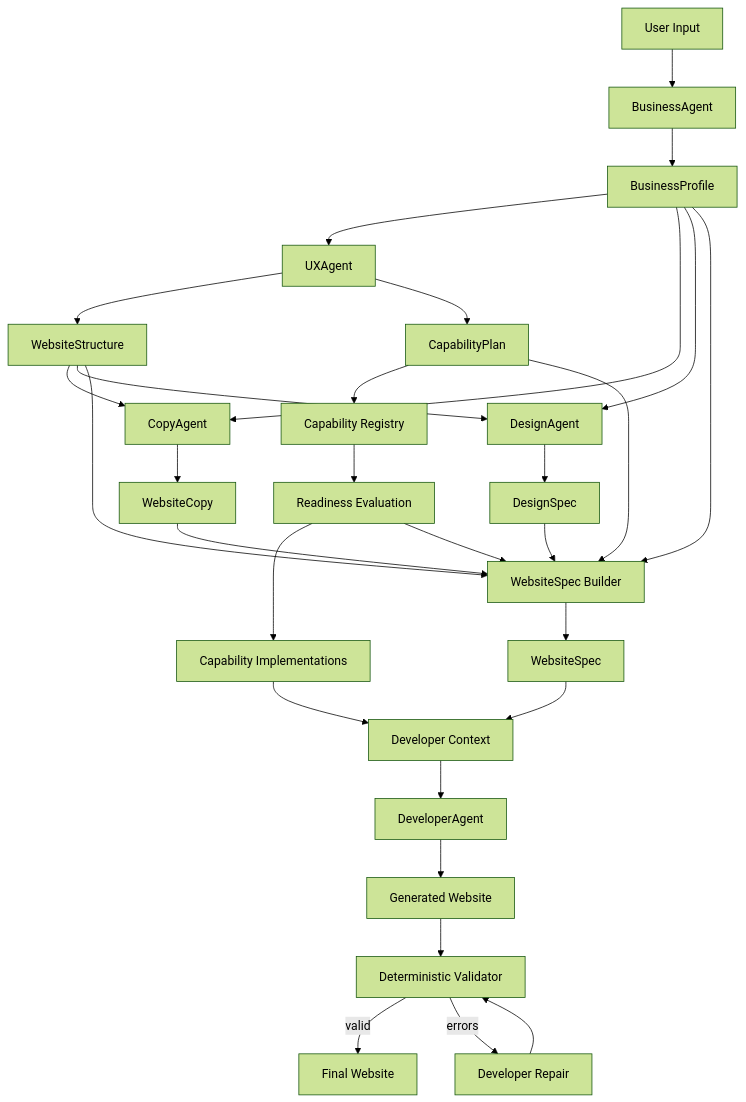
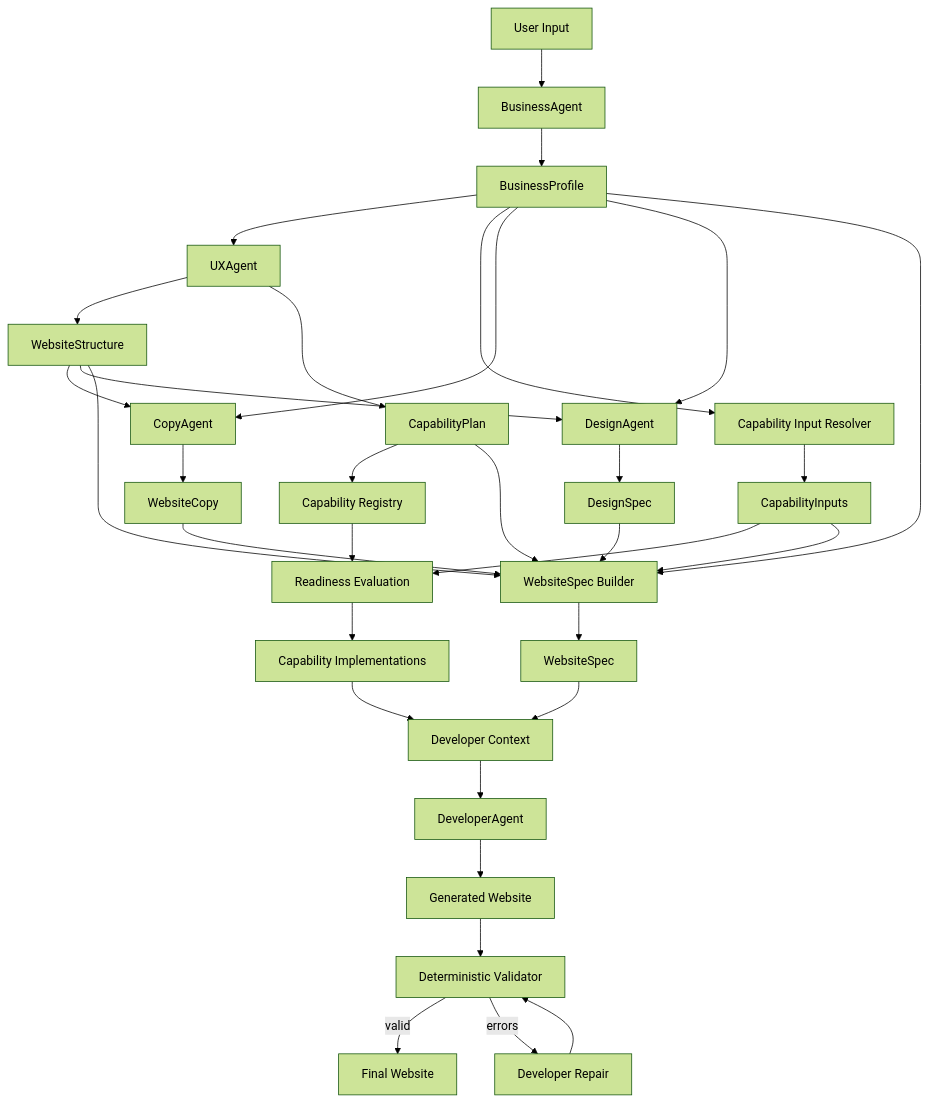
One commit to manumnzz/WebAgent changed the diagram in README.md. Above: the diagram before and after it, drawn with Mermaid (forest theme). The commit also changed other lines of this file, not shown here.

````diff
--- a/README.md
+++ b/README.md
@@ -32,40 +34,44 @@
 ```mermaid
 flowchart TD
     A[User Input] --> B[BusinessAgent]
     B --> C[BusinessProfile]
 
     C --> D[UXAgent]
     D --> E[WebsiteStructure]
     D --> F[CapabilityPlan]
 
-    C --> G[CopyAgent]
-    E --> G
-    G --> H[WebsiteCopy]
+    C --> G[Capability Input Resolver]
+    G --> H[CapabilityInputs]
 
-    C --> I[DesignAgent]
+    C --> I[CopyAgent]
     E --> I
-    I --> J[DesignSpec]
+    I --> J[WebsiteCopy]
 
-    F --> K[Capability Registry]
-    K --> L[Readiness Evaluation]
-    L --> M[Capability Implementations]
+    C --> K[DesignAgent]
+    E --> K
+    K --> L[DesignSpec]
 
-    C --> N[WebsiteSpec Builder]
-    E --> N
-    H --> N
-    J --> N
-    F --> N
-    L --> N
+    F --> M[Capability Registry]
+    H --> N[Readiness Evaluation]
+    M --> N
+    N --> O[Capability Implementations]
 
-    N --> O[WebsiteSpec]
-    M --> P[Developer Context]
-    O --> P
+    C --> P[WebsiteSpec Builder]
+    E --> P
+    J --> P
+    L --> P
+    F --> P
+    H --> P
 
-    P --> Q[DeveloperAgent]
-    Q --> R[Generated Website]
+    P --> Q[WebsiteSpec]
+    O --> R[Developer Context]
+    Q --> R
 
-    R --> S[Deterministic Validator]
-    S -->|valid| T[Final Website]
-    S -->|errors| U[Developer Repair]
-    U --> S
+    R --> S[DeveloperAgent]
+    S --> T[Generated Website]
+
+    T --> U[Deterministic Validator]
+    U -->|valid| V[Final Website]
+    U -->|errors| W[Developer Repair]
+    W --> U
 ```
````
